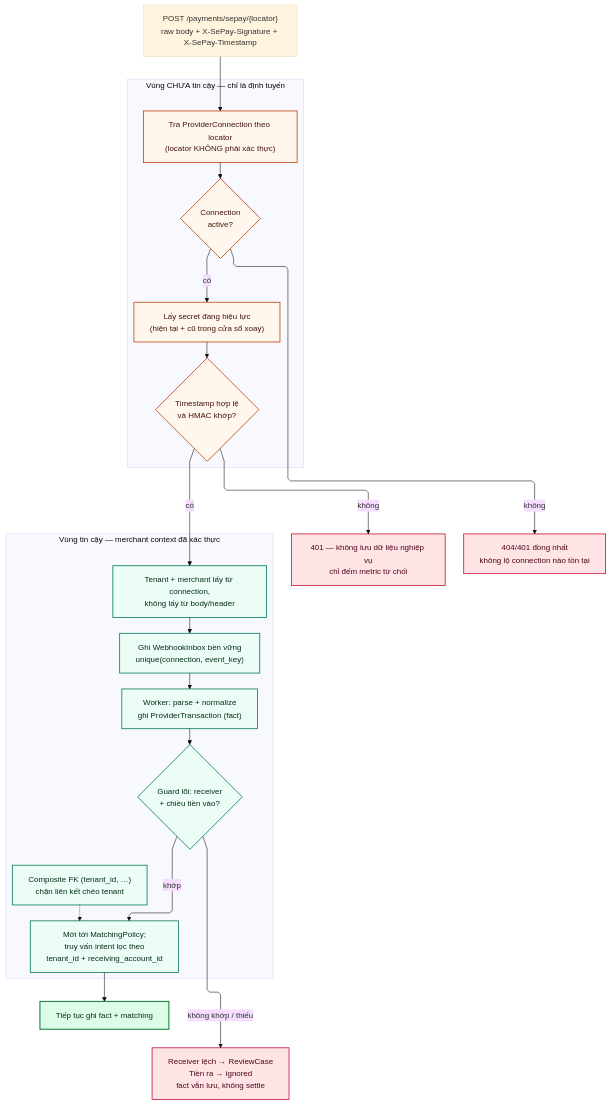
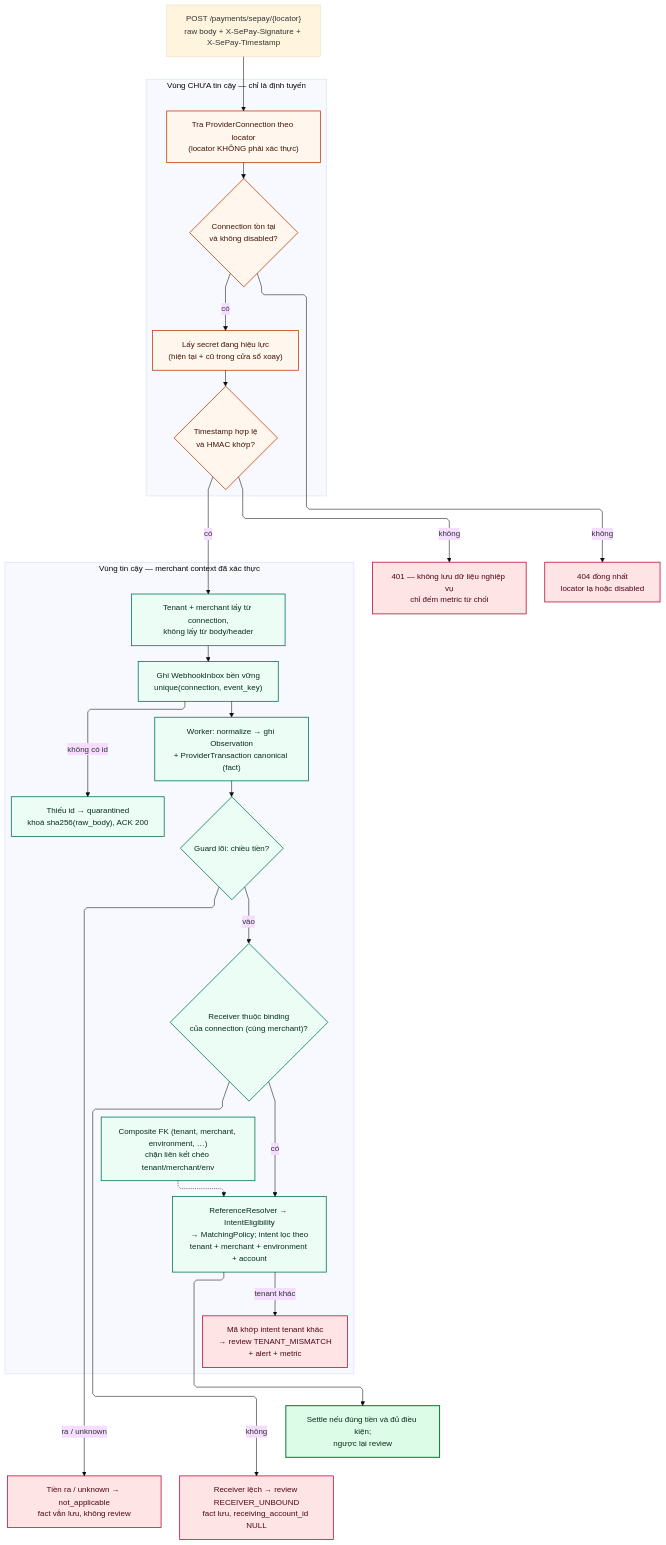
Before and after one commit to phanhaitrieu37/payment-modules: the diagram in diagrams/05-multi-merchant-trust.md, drawn with Mermaid. The commit also changed other lines of this file and 19 other files, not shown here.

First line of the commit message:
docs: reconcile design with accepted observation and binding model

````diff
--- a/diagrams/05-multi-merchant-trust.md
+++ b/diagrams/05-multi-merchant-trust.md
@@ -13,55 +15,63 @@
 ```mermaid
 ---
 config:
   theme: base
   layout: elk
   fontFamily: Arial, Helvetica, sans-serif
   flowchart:
     curve: linear
     nodeSpacing: 55
     rankSpacing: 70
     diagramPadding: 32
     wrappingWidth: 230
   themeVariables:
     fontFamily: "Arial, Helvetica, sans-serif"
     fontSize: 15px
 ---
 flowchart TB
   IN["POST /payments/sepay/{locator}<br/>raw body + X-SePay-Signature + X-SePay-Timestamp"]
   subgraph UNTRUSTED["Vùng CHƯA tin cậy — chỉ là định tuyến"]
     direction TB
     L1["Tra ProviderConnection theo locator<br/>(locator KHÔNG phải xác thực)"]
-    L2{"Connection<br/>active?"}
+    L2{"Connection tồn tại<br/>và không disabled?"}
     V1["Lấy secret đang hiệu lực<br/>(hiện tại + cũ trong cửa sổ xoay)"]
     V2{"Timestamp hợp lệ<br/>và HMAC khớp?"}
   end
   subgraph TRUSTED["Vùng tin cậy — merchant context đã xác thực"]
     direction TB
     T1["Tenant + merchant lấy từ connection,<br/>không lấy từ body/header"]
     T2["Ghi WebhookInbox bền vững<br/>unique(connection, event_key)"]
-    T3["Worker: parse + normalize<br/>ghi ProviderTransaction (fact)"]
-    T4{"Guard lõi: receiver<br/>+ chiều tiền vào?"}
-    T5["Mới tới MatchingPolicy;<br/>truy vấn intent lọc theo<br/>tenant_id + receiving_account_id"]
-    T6["Composite FK (tenant_id, …)<br/>chặn liên kết chéo tenant"]
+    T2Q["Thiếu id → quarantined<br/>khoá sha256(raw_body), ACK 200"]
+    T3["Worker: normalize → ghi Observation<br/>+ ProviderTransaction canonical (fact)"]
+    T4{"Guard lõi: chiều tiền?"}
+    T4B{"Receiver thuộc binding<br/>của connection (cùng merchant)?"}
+    T5["ReferenceResolver → IntentEligibility<br/>→ MatchingPolicy; intent lọc theo<br/>tenant + merchant + environment + account"]
+    T5T["Mã khớp intent tenant khác<br/>→ review TENANT_MISMATCH<br/>+ alert + metric"]
+    T6["Composite FK (tenant, merchant, environment, …)<br/>chặn liên kết chéo tenant/merchant/env"]
   end
   R401["401 — không lưu dữ liệu nghiệp vụ<br/>chỉ đếm metric từ chối"]
-  R404["404/401 đồng nhất<br/>không lộ connection nào tồn tại"]
-  Q["Receiver lệch → ReviewCase<br/>Tiền ra → ignored<br/>fact vẫn lưu, không settle"]
-  OK["Tiếp tục ghi fact + matching"]
+  R404["404 đồng nhất<br/>locator lạ hoặc disabled"]
+  QOUT["Tiền ra / unknown → not_applicable<br/>fact vẫn lưu, không review"]
+  Q["Receiver lệch → review RECEIVER_UNBOUND<br/>fact lưu, receiving_account_id NULL"]
+  OK["Settle nếu đúng tiền và đủ điều kiện;<br/>ngược lại review"]
   IN --> L1 --> L2
   L2 -->|"không"| R404
   L2 -->|"có"| V1 --> V2
   V2 -->|"không"| R401
   V2 -->|"có"| T1 --> T2 --> T3 --> T4
-  T4 -->|"không khớp / thiếu"| Q
-  T4 -->|"khớp"| T5 --> OK
+  T2 -->|"không có id"| T2Q
+  T4 -->|"ra / unknown"| QOUT
+  T4 -->|"vào"| T4B
+  T4B -->|"không"| Q
+  T4B -->|"có"| T5 --> OK
+  T5 -->|"tenant khác"| T5T
   T6 -.-> T5
   classDef un fill:#fff7ed,stroke:#c2410c,color:#431407,stroke-width:1.5px;
   classDef tr fill:#ecfdf5,stroke:#047857,color:#052e1c,stroke-width:1.5px;
   classDef bad fill:#ffe4e6,stroke:#be123c,color:#4c0519,stroke-width:1.5px;
   classDef good fill:#dcfce7,stroke:#15803d,color:#052e16,stroke-width:2px;
   class L1,L2,V1,V2 un;
-  class T1,T2,T3,T4,T5,T6 tr;
-  class R401,R404,Q bad;
+  class T1,T2,T2Q,T3,T4,T4B,T5,T6 tr;
+  class R401,R404,Q,QOUT,T5T bad;
   class OK good;
 ```
````
